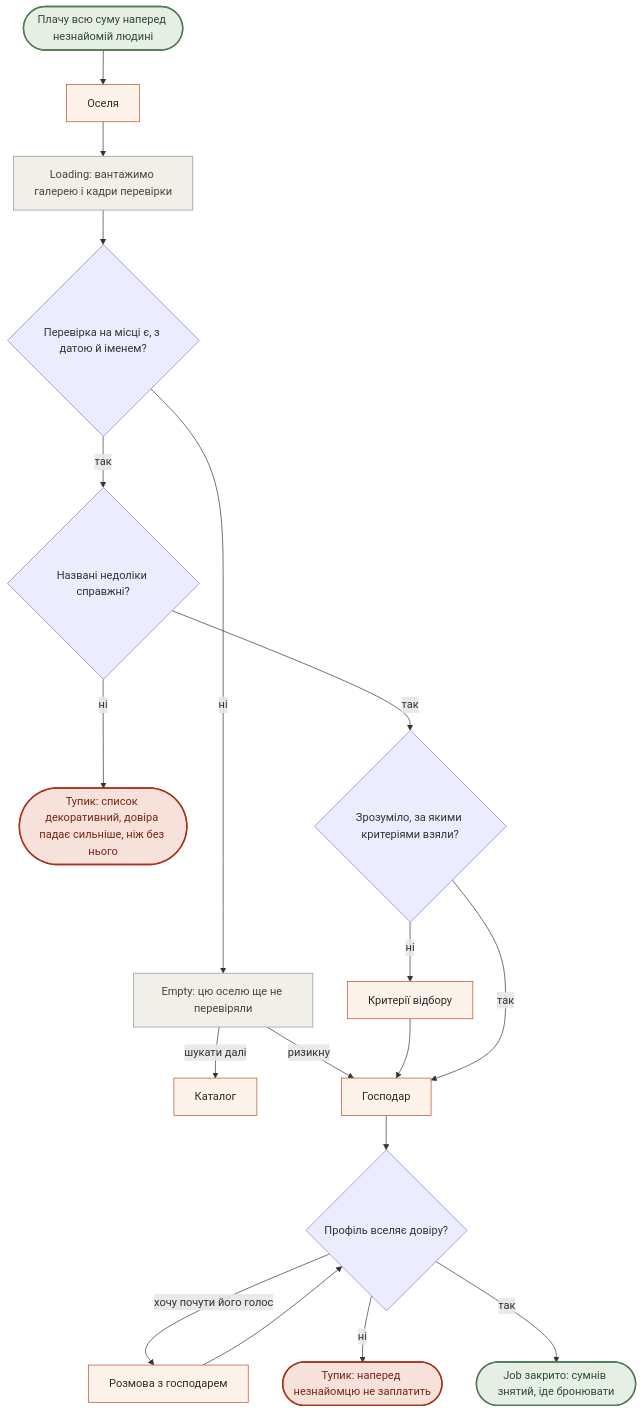
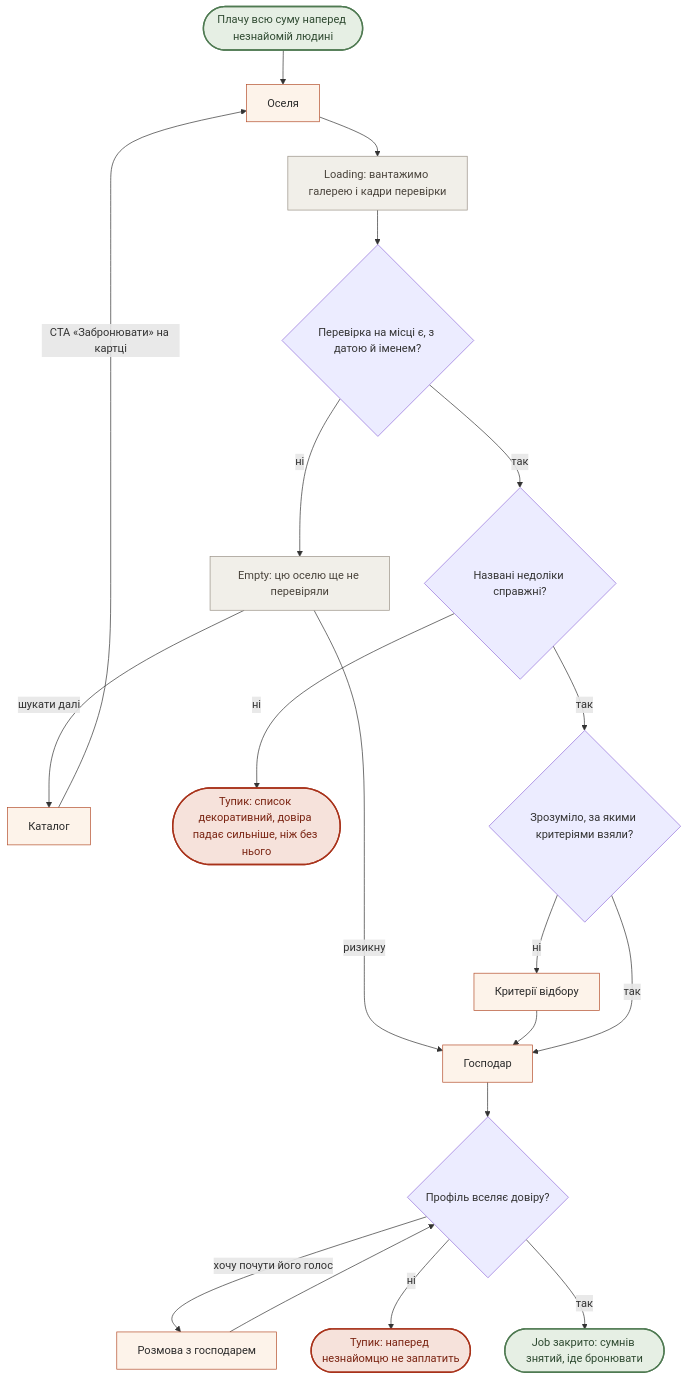
The second of 4 diagrams in ia/flows.md (sofiya5395870-sys/khata-v-seli), drawn with Mermaid before and after one commit. The commit also changed other lines of this file and 8 other files, not shown here.

````diff
--- a/ia/flows.md
+++ b/ia/flows.md
@@ -102,33 +102,34 @@
 ```mermaid
 flowchart TD
     Start([Плачу всю суму наперед незнайомій людині]) --> House[Оселя]
     House --> Load["Loading: вантажимо галерею і кадри перевірки"]
     Load --> Checked{Перевірка на місці є, з датою й іменем?}
 
     Checked -->|ні| Empty["Empty: цю оселю ще не перевіряли"]
     Empty -->|шукати далі| Cat[Каталог]
+    Cat -->|CTA «Забронювати» на картці| House
     Empty -->|ризикну| Owner[Господар]
 
     Checked -->|так| Flaws{Названі недоліки справжні?}
     Flaws -->|ні| DeadFake(["Тупик: список декоративний, довіра падає сильніше, ніж без нього"])
     Flaws -->|так| Why{Зрозуміло, за якими критеріями взяли?}
 
     Why -->|ні| Crit[Критерії відбору]
     Crit --> Owner
     Why -->|так| Owner
 
     Owner --> Trust{Профіль вселяє довіру?}
     Trust -->|хочу почути його голос| Talk[Розмова з господарем]
     Talk --> Trust
     Trust -->|ні| DeadTrust(["Тупик: наперед незнайомцю не заплатить"])
     Trust -->|так| Win(["Job закрито: сумнів знятий, іде бронювати"])
 
     classDef screen fill:#fdf3ea,stroke:#b5502e,color:#2b2b2b
     classDef state fill:#f1efe9,stroke:#9a9287,color:#4a443c
     classDef dead fill:#f6e2db,stroke:#a8321a,stroke-width:2px,color:#7a2412
     classDef win fill:#e6efe4,stroke:#4f7a52,stroke-width:2px,color:#2f4a31
     class House,Cat,Crit,Owner,Talk screen
     class Load,Empty state
     class DeadFake,DeadTrust dead
     class Win,Start win
 ```
````
